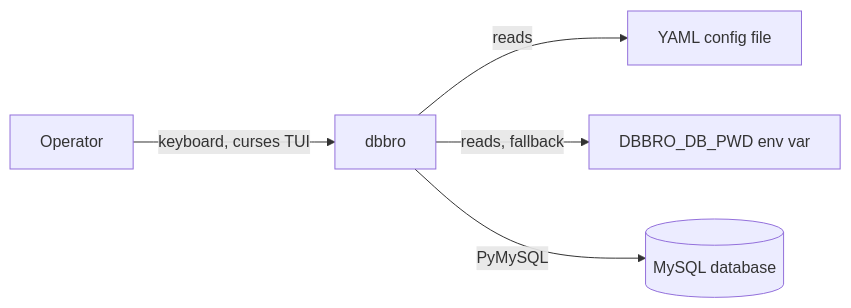
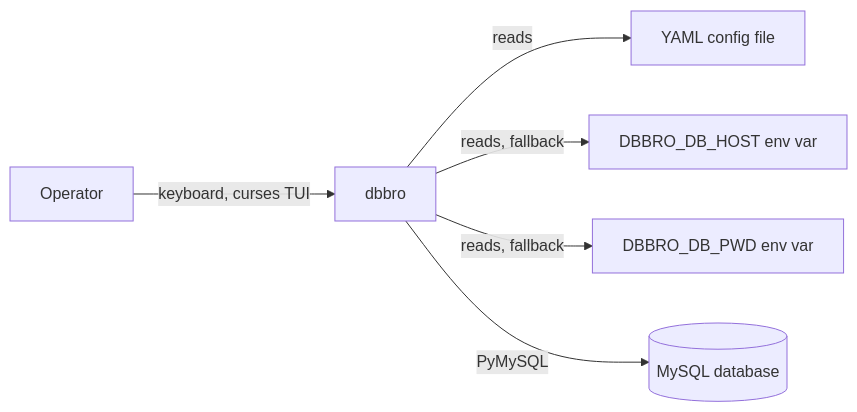
One commit to trutvo/dbbro changed the first of 2 diagrams in README.md. Above: the diagram before and after it, drawn with Mermaid. The commit also changed other lines of this file and 2 other files, not shown here.

Commit message:
introduce host env var

````diff
--- a/README.md
+++ b/README.md
@@ -162,7 +168,8 @@
 ```mermaid
 graph LR
     Operator -->|keyboard, curses TUI| dbbro
     dbbro -->|reads| ConfigYAML[YAML config file]
+    dbbro -->|reads, fallback| EnvVarHost[DBBRO_DB_HOST env var]
     dbbro -->|reads, fallback| EnvVar[DBBRO_DB_PWD env var]
     dbbro -->|PyMySQL| Database[(MySQL database)]
 ```
````
